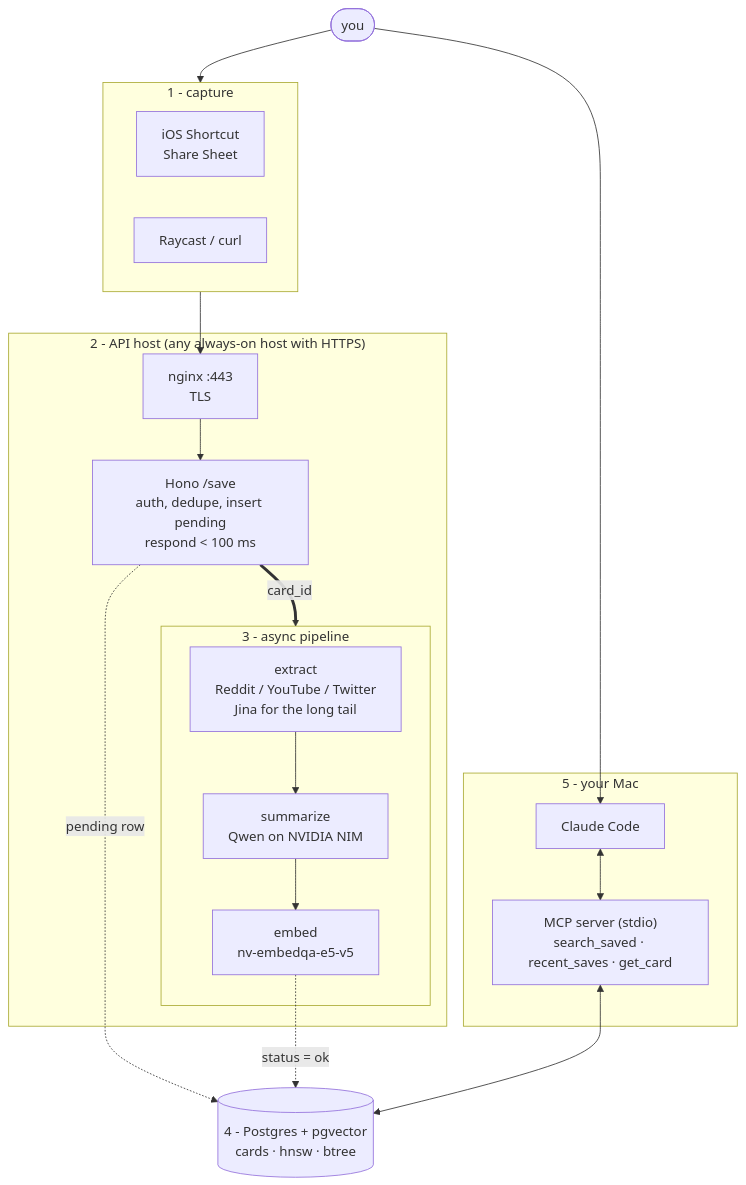
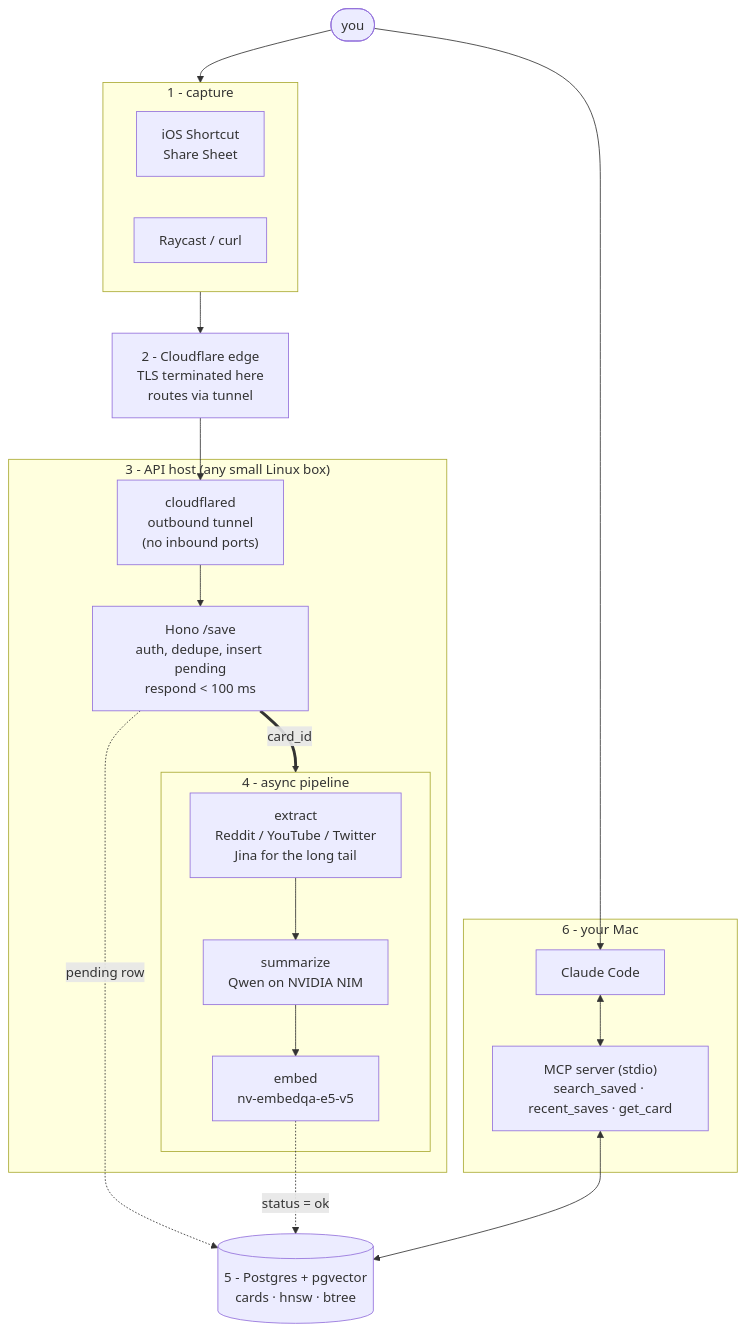
Before and after one commit to alii13/recall: the diagram in README.md, drawn with Mermaid. The commit also changed other lines of this file, not shown here.

Commit message:
docs: rewrite README lead in human voice
Open with the actual pain (sharing links to myself, never finding
them again) instead of the dry "personal save-to-Claude corpus"
abstract. Frame the differentiator vs Pocket/Readwise/Obsidian
explicitly: saves go to Claude's context, not a human inbox.

Also fix the architecture diagram - was still showing nginx :443
from the original plan; updated to Cloudflare Tunnel (cloudflared
outbound, TLS at Cloudflare edge) to match reality.

````diff
--- a/README.md
+++ b/README.md
@@ -24,32 +30,34 @@
 ```mermaid
 flowchart TB
     user([you])
 
     subgraph capture["1 - capture"]
         ios["iOS Shortcut<br/>Share Sheet"]
         rcst["Raycast / curl"]
     end
 
-    subgraph host["2 - API host (any always-on host with HTTPS)"]
-        ng["nginx :443<br/>TLS"]
+    cf["2 - Cloudflare edge<br/>TLS terminated here<br/>routes via tunnel"]
+
+    subgraph host["3 - API host (any small Linux box)"]
+        cfd["cloudflared<br/>outbound tunnel<br/>(no inbound ports)"]
         api["Hono /save<br/>auth, dedupe, insert pending<br/>respond < 100 ms"]
-        subgraph pipe["3 - async pipeline"]
+        subgraph pipe["4 - async pipeline"]
             extract["extract<br/>Reddit / YouTube / Twitter<br/>Jina for the long tail"]
             sumr["summarize<br/>Qwen on NVIDIA NIM"]
             embed["embed<br/>nv-embedqa-e5-v5"]
         end
     end
 
-    db[("4 - Postgres + pgvector<br/>cards · hnsw · btree")]
+    db[("5 - Postgres + pgvector<br/>cards · hnsw · btree")]
 
-    subgraph mac["5 - your Mac"]
+    subgraph mac["6 - your Mac"]
         mcp["MCP server (stdio)<br/>search_saved · recent_saves · get_card"]
         cc["Claude Code"]
     end
 
-    user --> capture --> ng --> api
+    user --> capture --> cf --> cfd --> api
     api -.->|pending row| db
     api ==>|card_id| pipe
     extract --> sumr --> embed -.->|status = ok| db
     user --> cc <--> mcp <--> db
 ```
````
